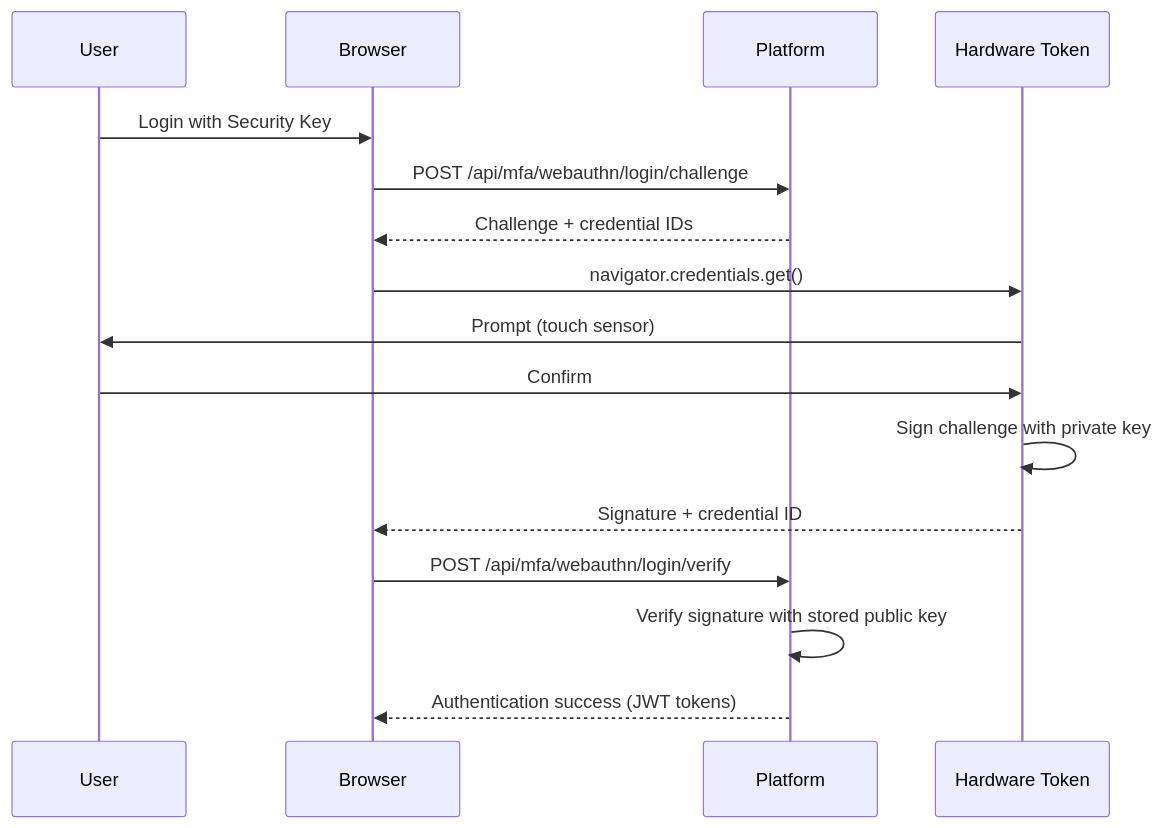
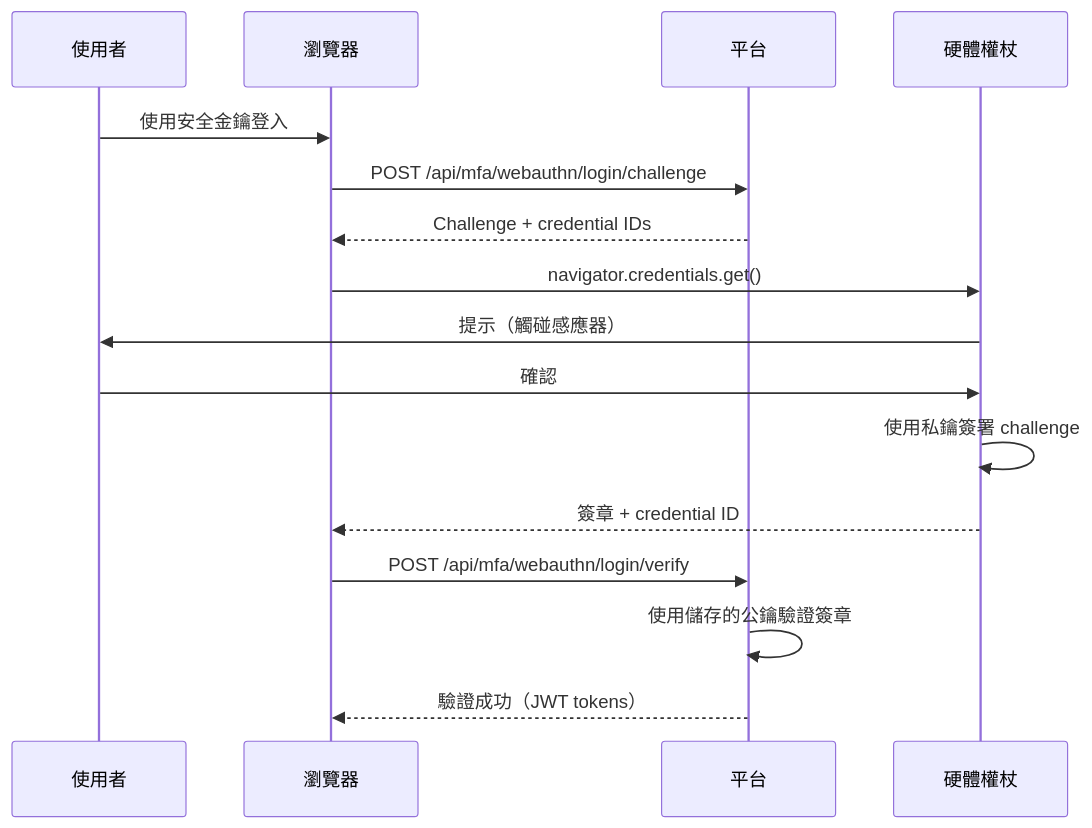
The second of 2 diagrams in docs/iGaming/architecture/06_Platform_Core/MFA_Technical_Evaluation.md (ron03wlb/smart-admin), drawn with Mermaid before and after one commit. The commit also changed other lines of this file and 4 other files, not shown here.

````diff
--- a/docs/iGaming/architecture/06_Platform_Core/MFA_Technical_Evaluation.md
+++ b/docs/iGaming/architecture/06_Platform_Core/MFA_Technical_Evaluation.md
@@ -474,22 +474,22 @@
 ```mermaid
 sequenceDiagram
-    participant User
-    participant Browser
-    participant Platform
-    participant Authenticator as Hardware Token
+    participant User as 使用者
+    participant Browser as 瀏覽器
+    participant Platform as 平台
+    participant Authenticator as 硬體權杖
 
-    User->>Browser: Login with Security Key
+    User->>Browser: 使用安全金鑰登入
     Browser->>Platform: POST /api/mfa/webauthn/login/challenge
     Platform-->>Browser: Challenge + credential IDs
 
     Browser->>Authenticator: navigator.credentials.get()
-    Authenticator->>User: Prompt (touch sensor)
-    User->>Authenticator: Confirm
+    Authenticator->>User: 提示（觸碰感應器）
+    User->>Authenticator: 確認
 
-    Authenticator->>Authenticator: Sign challenge with private key
-    Authenticator-->>Browser: Signature + credential ID
+    Authenticator->>Authenticator: 使用私鑰簽署 challenge
+    Authenticator-->>Browser: 簽章 + credential ID
 
     Browser->>Platform: POST /api/mfa/webauthn/login/verify
-    Platform->>Platform: Verify signature with stored public key
-    Platform-->>Browser: Authentication success (JWT tokens)
+    Platform->>Platform: 使用儲存的公鑰驗證簽章
+    Platform-->>Browser: 驗證成功（JWT tokens）
 ```
````
